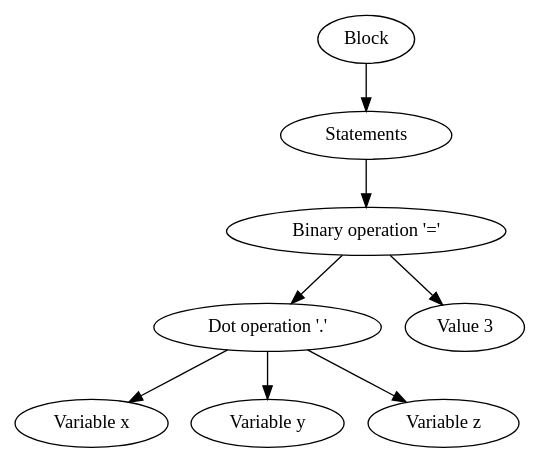
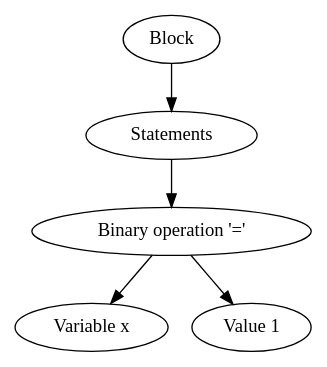
Before and after one commit to Insanious/Alang: the diagram in parse.dot, drawn with Graphviz. The commit also changed 5 other files, not shown here.

```diff
--- a/parse.dot
+++ b/parse.dot
@@ -1,17 +1,11 @@
 digraph { 
 	0 [label="Block"];
 	1 [label="Statements"];
 	0 -> 1
 	2 [label="Binary operation '='"];
 	1 -> 2
-	3 [label="Dot operation '.'"];
+	3 [label="Variable x"];
 	2 -> 3
-	4 [label="Value 3"];
+	4 [label="Value 1"];
 	2 -> 4
-	5 [label="Variable x"];
-	3 -> 5
-	6 [label="Variable y"];
-	3 -> 6
-	7 [label="Variable z"];
-	3 -> 7
 }
```
